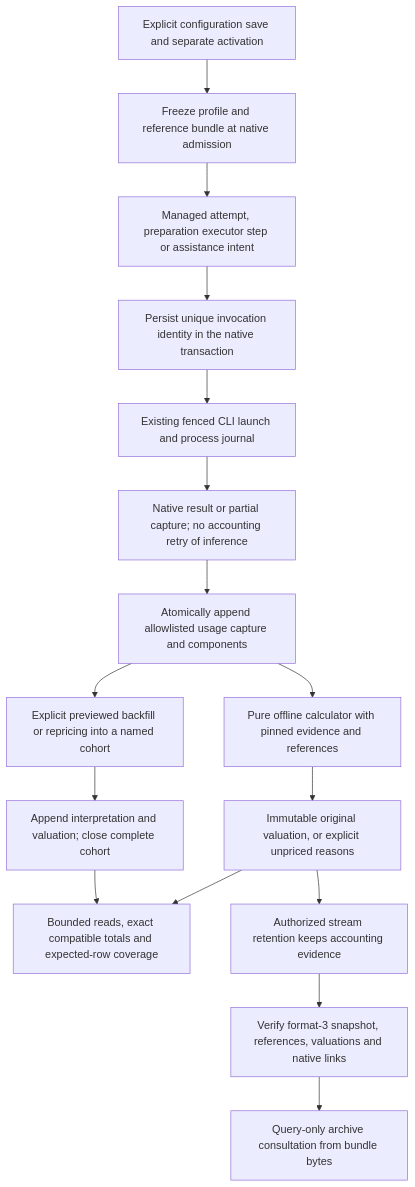
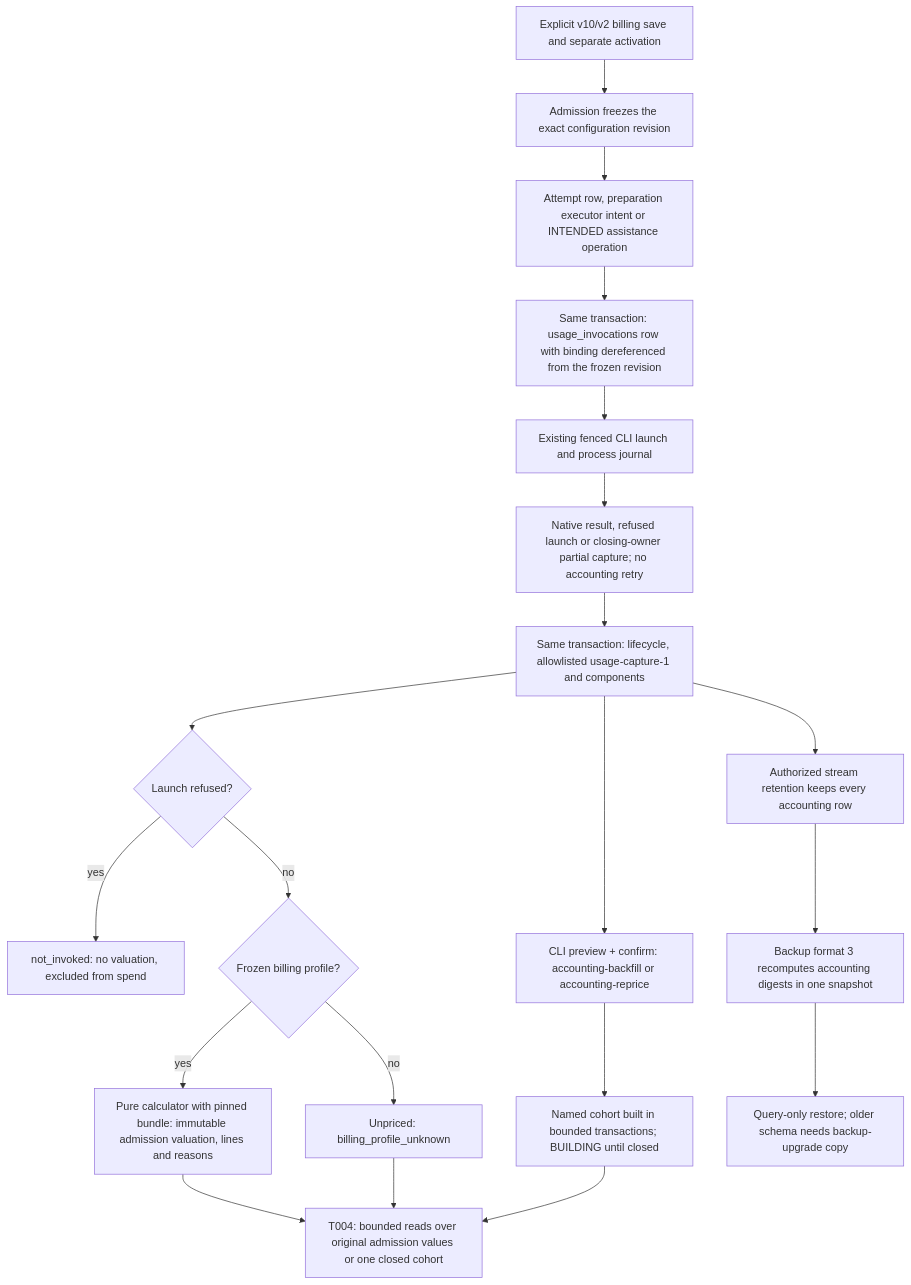
Before and after one commit to AcostaDDev/my-harness: the diagram in docs/flows/metrics-accounting.md, drawn with Mermaid. The commit also changed other lines of this file and 50 other files, not shown here.

First line of the commit message:
feat: capture native usage, store accounting records and format-3 archives (P001-T003)

````diff
--- a/docs/flows/metrics-accounting.md
+++ b/docs/flows/metrics-accounting.md
@@ -9,18 +10,22 @@
 ```mermaid
 flowchart TD
-    C[Explicit configuration save and separate activation] --> B[Freeze profile and reference bundle at native admission]
-    B --> I[Managed attempt, preparation executor step or assistance intent]
-    I --> E[Persist unique invocation identity in the native transaction]
+    C[Explicit v10/v2 billing save and separate activation] --> B[Admission freezes the exact configuration revision]
+    B --> I[Attempt row, preparation executor intent or INTENDED assistance operation]
+    I --> E[Same transaction: usage_invocations row with binding dereferenced from the frozen revision]
     E --> L[Existing fenced CLI launch and process journal]
-    L --> O[Native result or partial capture; no accounting retry of inference]
-    O --> S[Atomically append allowlisted usage capture and components]
-    S --> V[Pure offline calculator with pinned evidence and references]
-    V --> P[Immutable original valuation, or explicit unpriced reasons]
-    P --> Q[Bounded reads, exact compatible totals and expected-row coverage]
-    P --> R[Authorized stream retention keeps accounting evidence]
-    R --> A[Verify format-3 snapshot, references, valuations and native links]
-    A --> H[Query-only archive consultation from bundle bytes]
-    S --> X[Explicit previewed backfill or repricing into a named cohort]
-    X --> N[Append interpretation and valuation; close complete cohort]
-    N --> Q
+    L --> O[Native result, refused launch or closing-owner partial capture; no accounting retry]
+    O --> S[Same transaction: lifecycle, allowlisted usage-capture-1 and components]
+    S --> V{Launch refused?}
+    V -- yes --> N0[not_invoked: no valuation, excluded from spend]
+    V -- no --> P{Frozen billing profile?}
+    P -- no --> U[Unpriced: billing_profile_unknown]
+    P -- yes --> W[Pure calculator with pinned bundle: immutable admission valuation, lines and reasons]
+    W --> Q[T004: bounded reads over original admission values or one closed cohort]
+    U --> Q
+    S --> X[CLI preview + confirm: accounting-backfill or accounting-reprice]
+    X --> K[Named cohort built in bounded transactions; BUILDING until closed]
+    K --> Q
+    S --> R[Authorized stream retention keeps every accounting row]
+    R --> A[Backup format 3 recomputes accounting digests in one snapshot]
+    A --> H[Query-only restore; older schema needs backup-upgrade copy]
 ```
````
